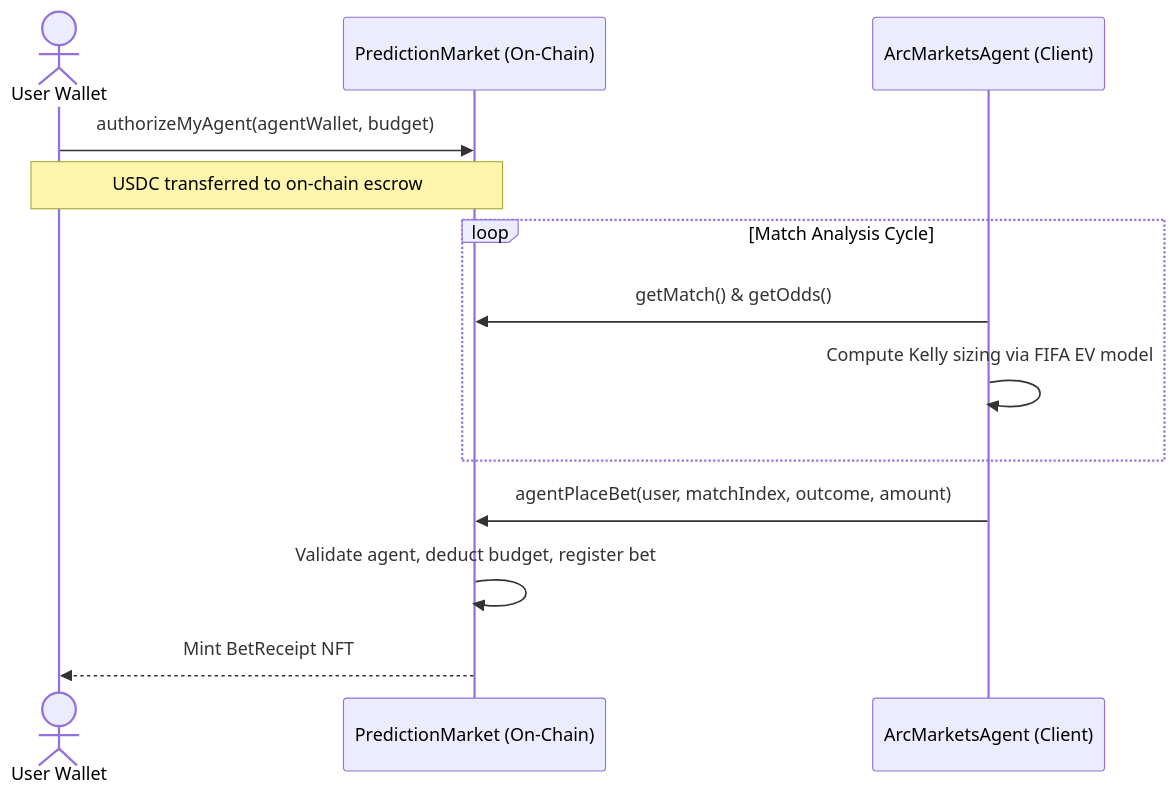
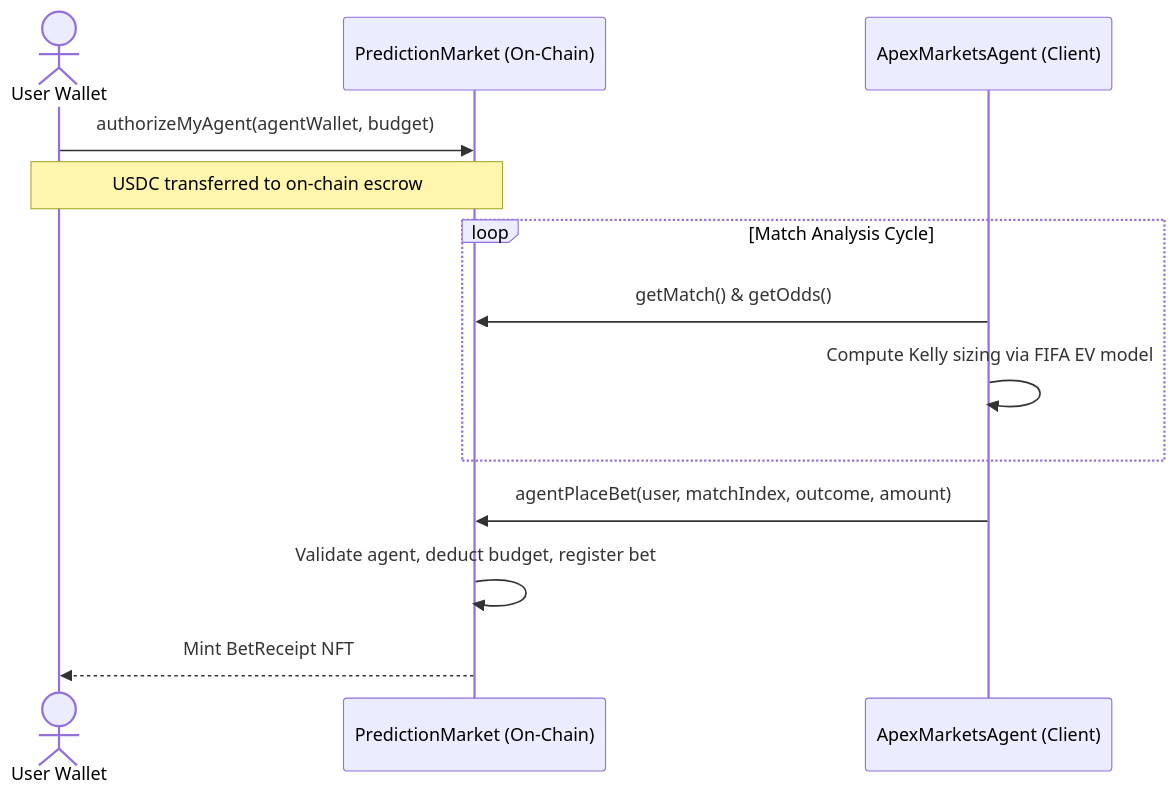
One commit to ritesh59697/ArcMarkets changed the second of 2 diagrams in README.md. Above: the diagram before and after it, drawn with Mermaid. The commit also changed other lines of this file and 10 other files, not shown here.

Commit message:
refactor: rebrand to ApexMarkets and update Arc Brand Guidelines compliance

````diff
--- a/README.md
+++ b/README.md
@@ -212,16 +212,16 @@
 ```mermaid
 sequenceDiagram
     actor User as User Wallet
     participant Contract as PredictionMarket (On-Chain)
-    participant Agent as ArcMarketsAgent (Client)
+    participant Agent as ApexMarketsAgent (Client)
 
     User->>Contract: authorizeMyAgent(agentWallet, budget)
     Note over User,Contract: USDC transferred to on-chain escrow
     loop Match Analysis Cycle
         Agent->>Contract: getMatch() & getOdds()
         Agent->>Agent: Compute Kelly sizing via FIFA EV model
     end
     Agent->>Contract: agentPlaceBet(user, matchIndex, outcome, amount)
     Contract->>Contract: Validate agent, deduct budget, register bet
     Contract-->>User: Mint BetReceipt NFT
 ```
````
